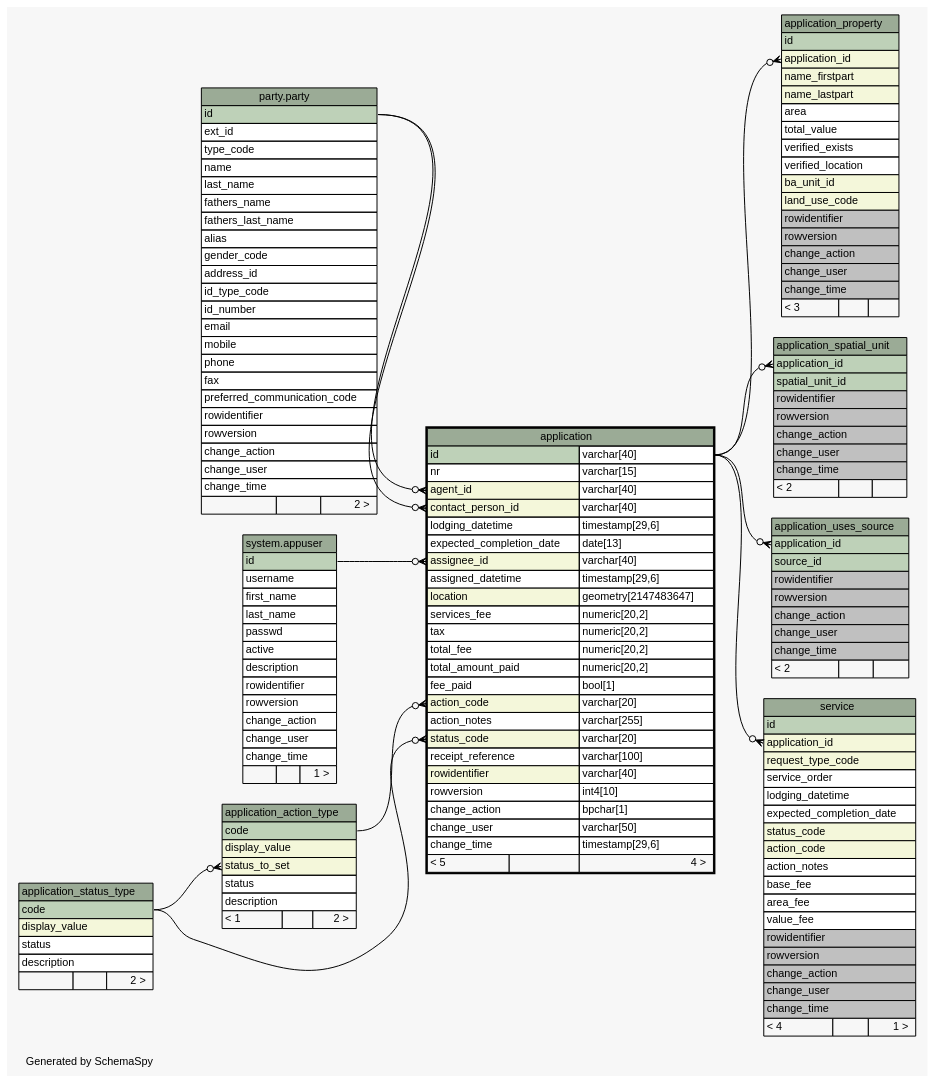
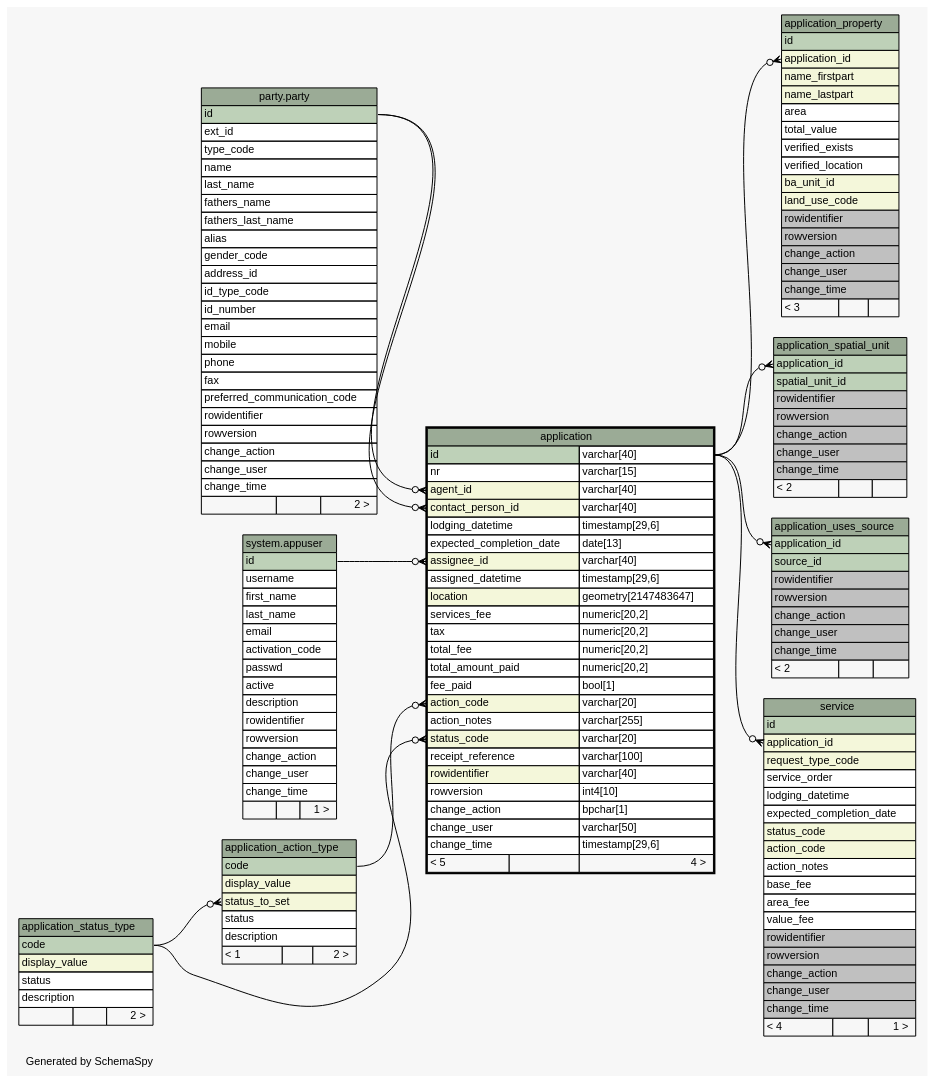
The diagram in doc/application/diagrams/application.1degree.dot (SOLA-FAO/database_sola), drawn with Graphviz before and after one commit. The commit also changed 287 other files, not shown here.

Commit message:
Columns email and activation_code introduced on the user table.

```diff
--- a/doc/application/diagrams/application.1degree.dot
+++ b/doc/application/diagrams/application.1degree.dot
@@ -152,6 +152,8 @@
       <TR><TD PORT="username" COLSPAN="3" ALIGN="LEFT">username</TD></TR>
       <TR><TD PORT="first_name" COLSPAN="3" ALIGN="LEFT">first_name</TD></TR>
       <TR><TD PORT="last_name" COLSPAN="3" ALIGN="LEFT">last_name</TD></TR>
+      <TR><TD PORT="email" COLSPAN="3" ALIGN="LEFT">email</TD></TR>
+      <TR><TD PORT="activation_code" COLSPAN="3" ALIGN="LEFT">activation_code</TD></TR>
       <TR><TD PORT="passwd" COLSPAN="3" ALIGN="LEFT">passwd</TD></TR>
       <TR><TD PORT="active" COLSPAN="3" ALIGN="LEFT">active</TD></TR>
       <TR><TD PORT="description" COLSPAN="3" ALIGN="LEFT">description</TD></TR>
```
